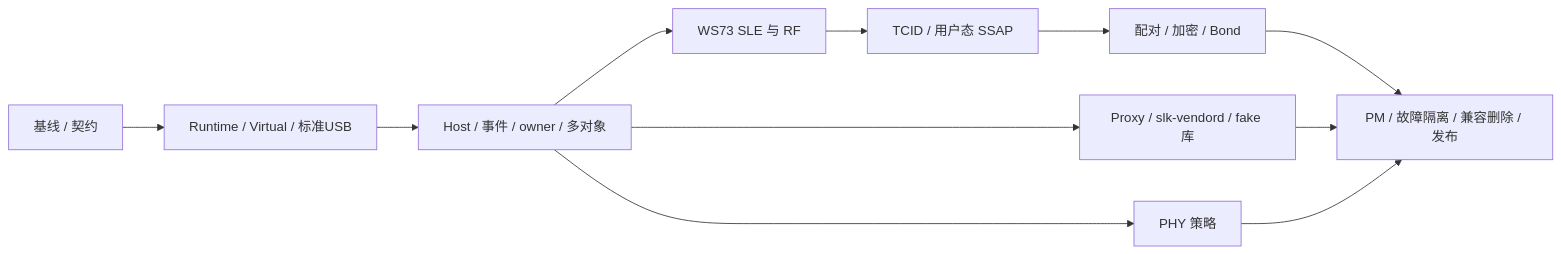
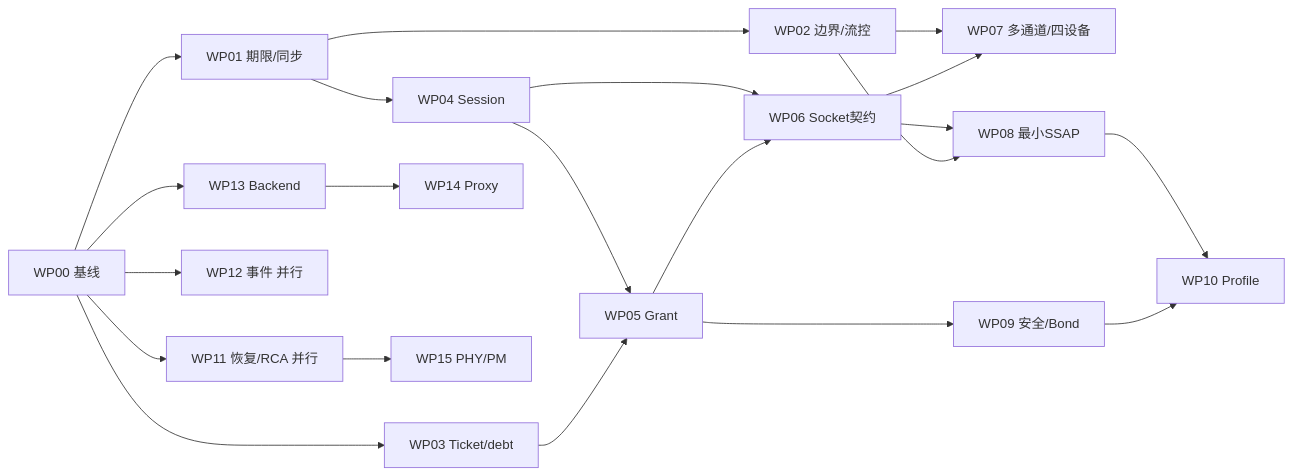
One commit to OpenSparklink/sparklink changed the diagram in docs/IMPLEMENTATION_PLAN.md. Above: the diagram before and after it, drawn with Mermaid. The commit also changed other lines of this file and 4 other files, not shown here.

````diff
--- a/docs/IMPLEMENTATION_PLAN.md
+++ b/docs/IMPLEMENTATION_PLAN.md
@@ -335,13 +390,23 @@
 ```mermaid
 flowchart LR
-    S0[基线 / 契约] --> S1[Runtime / Virtual / 标准USB]
-    S1 --> S2[Host / 事件 / owner / 多对象]
-    S2 --> S3[WS73 SLE 与 RF]
-    S3 --> S4[TCID / 用户态 SSAP]
-    S4 --> Security[配对 / 加密 / Bond]
-    S2 --> Proxy[Proxy / slk-vendord / fake 库]
-    S2 --> PHY[PHY 策略]
-    Security --> S6[PM / 故障隔离 / 兼容删除 / 发布]
-    Proxy --> S6
-    PHY --> S6
+    A[WP00 基线] --> B[WP01 期限/同步]
+    B --> C[WP02 边界/流控]
+    B --> D[WP04 Session]
+    A --> E[WP03 Ticket/debt]
+    D --> F[WP05 Grant]
+    E --> F
+    D --> G[WP06 Socket契约]
+    F --> G
+    C --> H[WP07 多通道/四设备]
+    G --> H
+    G --> I[WP08 最小SSAP]
+    C --> I
+    F --> J[WP09 安全/Bond]
+    I --> K[WP10 Profile]
+    J --> K
+    A --> R[WP11 恢复/RCA 并行]
+    A --> V[WP12 事件 并行]
+    A --> X[WP13 Backend]
+    X --> Y[WP14 Proxy]
+    R --> Z[WP15 PHY/PM]
 ```
````
